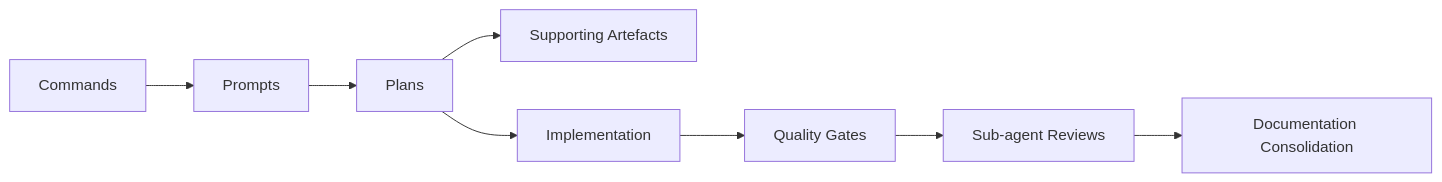
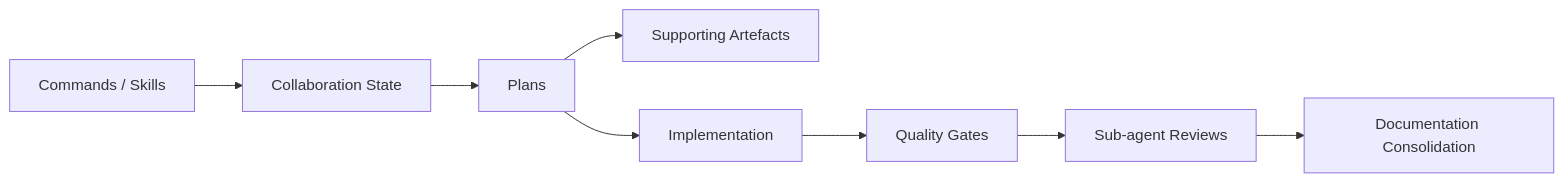
The third of 3 diagrams in .agent/practice-core/practice.md (EngraphCode/castr), drawn with Mermaid before and after one commit. The commit also changed other lines of this file and 21 other files, not shown here.

````diff
--- a/.agent/practice-core/practice.md
+++ b/.agent/practice-core/practice.md
@@ -165,10 +284,10 @@
 ```mermaid
 graph LR
-    CMD[Commands] --> PROMPT[Prompts]
-    PROMPT --> PLAN[Plans]
+    CMD[Commands / Skills] --> STATE[Collaboration State]
+    STATE --> PLAN[Plans]
     PLAN --> SUPP[Supporting Artefacts]
     PLAN --> WORK[Implementation]
     WORK --> QG[Quality Gates]
     QG --> REVIEW[Sub-agent Reviews]
     REVIEW --> CONSOL[Documentation Consolidation]
 ```
````
